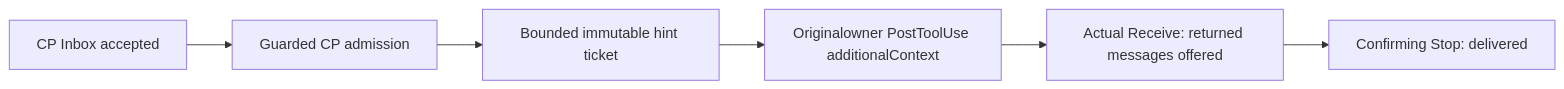
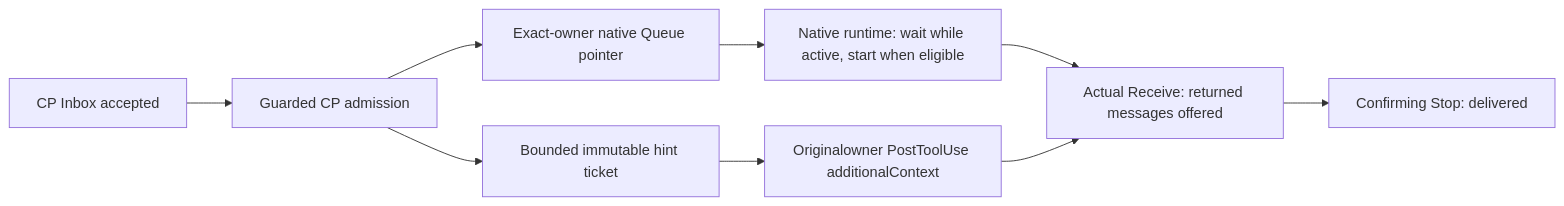
One commit to cfaysal/kherep changed the second of 3 diagrams in modules/control-plane/ARCHITECTURE.md. Above: the diagram before and after it, drawn with Mermaid. The commit also changed other lines of this file and 15 other files, not shown here.

Commit message:
Restore original-owner Codex wake through guarded native Queue

````diff
--- a/modules/control-plane/ARCHITECTURE.md
+++ b/modules/control-plane/ARCHITECTURE.md
@@ -154,8 +154,11 @@
 ```mermaid
 flowchart LR
   accepted[CP Inbox accepted] --> admission[Guarded CP admission]
   admission --> ticket[Bounded immutable hint ticket]
+  admission --> native[Exact-owner native Queue pointer]
+  native --> turn[Native runtime: wait while active, start when eligible]
+  turn --> receive
   ticket --> hook[Originalowner PostToolUse additionalContext]
   hook --> receive[Actual Receive: returned messages offered]
   receive --> stop[Confirming Stop: delivered]
 ```
````
